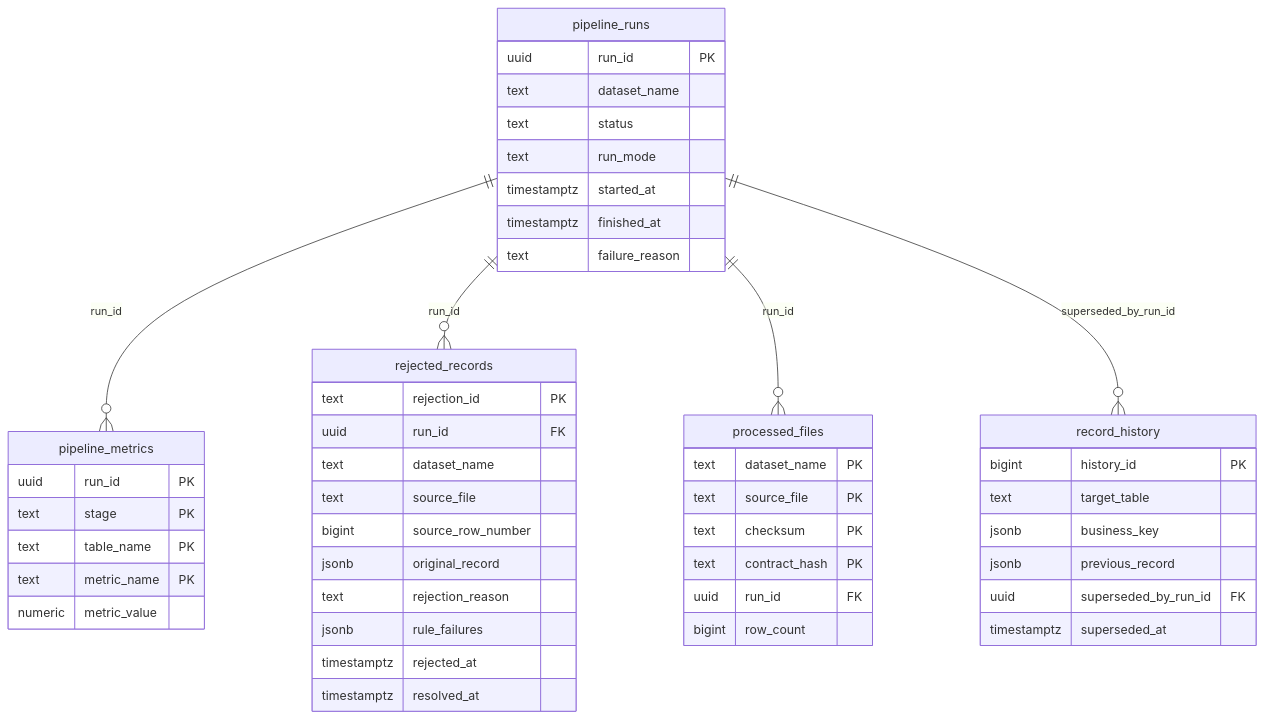
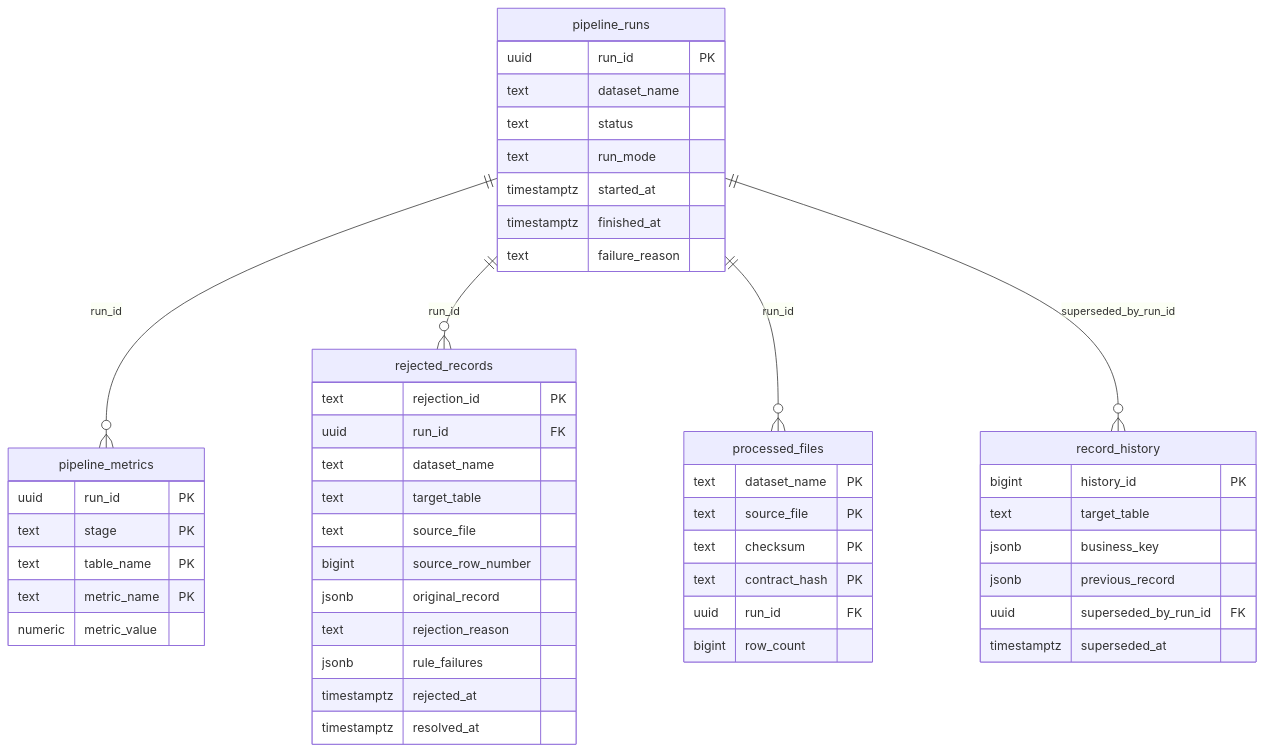
Before and after one commit to Akshithvarma444/dataflow-etl-framework: the third of 3 diagrams in docs/architecture.md, drawn with Mermaid. The commit also changed other lines of this file and 35 other files, not shown here.

````diff
--- a/docs/architecture.md
+++ b/docs/architecture.md
@@ -112,42 +112,43 @@
 ```mermaid
 erDiagram
     pipeline_runs ||--o{ pipeline_metrics : "run_id"
     pipeline_runs ||--o{ rejected_records : "run_id"
     pipeline_runs ||--o{ processed_files : "run_id"
     pipeline_runs ||--o{ record_history : "superseded_by_run_id"
 
     pipeline_runs { uuid run_id PK
                     text dataset_name
                     text status
                     text run_mode
                     timestamptz started_at
                     timestamptz finished_at
                     text failure_reason }
     pipeline_metrics { uuid run_id PK
                        text stage PK
                        text table_name PK
                        text metric_name PK
                        numeric metric_value }
     processed_files { text dataset_name PK
                       text source_file PK
                       text checksum PK
                       text contract_hash PK
                       uuid run_id FK
                       bigint row_count }
     rejected_records { text rejection_id PK
                        uuid run_id FK
                        text dataset_name
+                       text target_table
                        text source_file
                        bigint source_row_number
                        jsonb original_record
                        text rejection_reason
                        jsonb rule_failures
                        timestamptz rejected_at
                        timestamptz resolved_at }
     record_history { bigint history_id PK
                      text target_table
                      jsonb business_key
                      jsonb previous_record
                      uuid superseded_by_run_id FK
                      timestamptz superseded_at }
 ```
````
